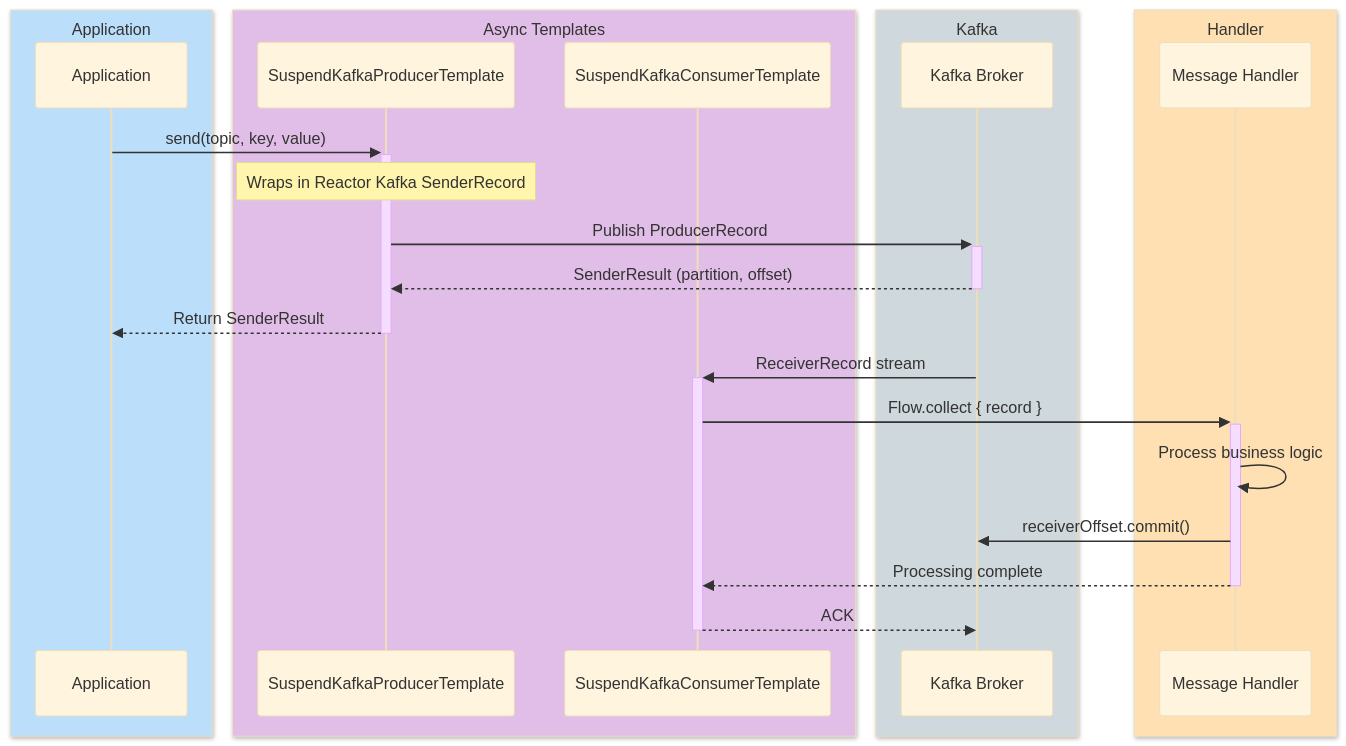
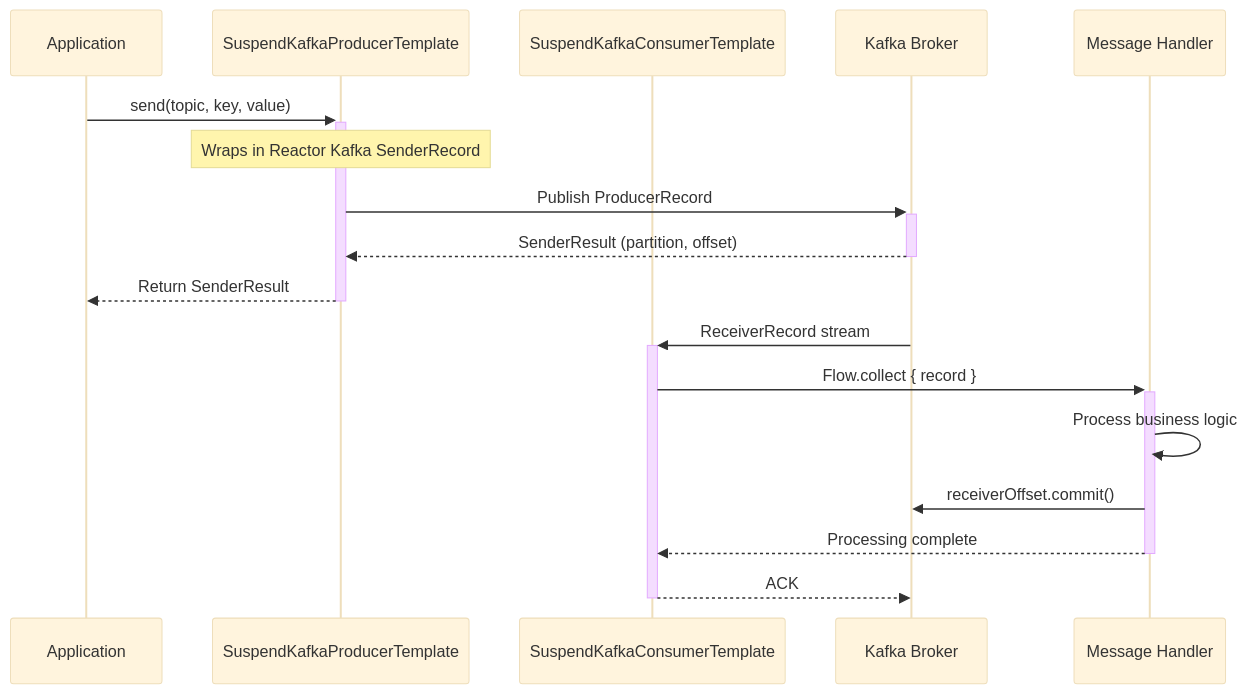
The second of 3 diagrams in infra/kafka/README.md (bluetape4k/bluetape4k-projects), drawn with Mermaid (base theme) before and after one commit. The commit also changed other lines of this file and 219 other files, not shown here.

First line of the commit message:
docs: 전체 README Mermaid 다이어그램 가이드 적용

````diff
--- a/infra/kafka/README.md
+++ b/infra/kafka/README.md
@@ -416,29 +416,21 @@
 ```mermaid
 sequenceDiagram
-    box rgb(187,222,251) Application
     participant App as Application
-    end
-    box rgb(225,190,231) Async Templates
     participant PT as SuspendKafkaProducerTemplate
     participant CT as SuspendKafkaConsumerTemplate
-    end
-    box rgb(207,216,220) Kafka
     participant Kafka as Kafka Broker
-    end
-    box rgb(255,224,178) Handler
     participant Handler as Message Handler
-    end
 
     App->>+PT: send(topic, key, value)
     Note over PT: Wraps in Reactor Kafka SenderRecord
     PT->>+Kafka: Publish ProducerRecord
     Kafka-->>-PT: SenderResult (partition, offset)
     PT-->>-App: Return SenderResult
 
     Kafka->>+CT: ReceiverRecord stream
     CT->>+Handler: Flow.collect { record }
     Handler->>Handler: Process business logic
     Handler->>Kafka: receiverOffset.commit()
     Handler-->>-CT: Processing complete
     CT-->>-Kafka: ACK
 ```
````
